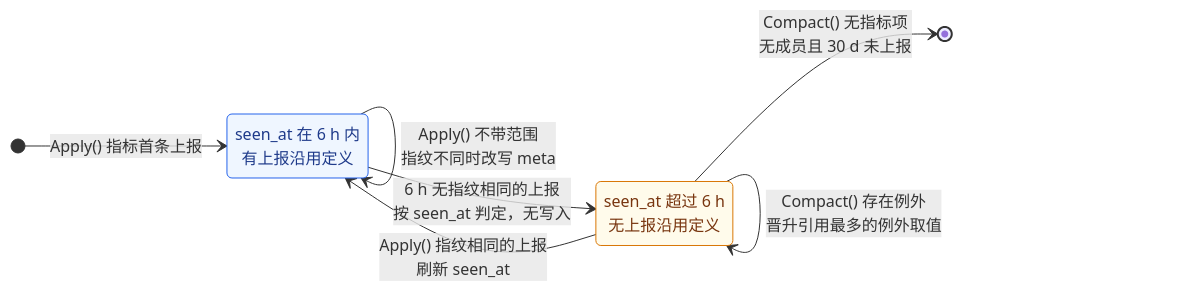
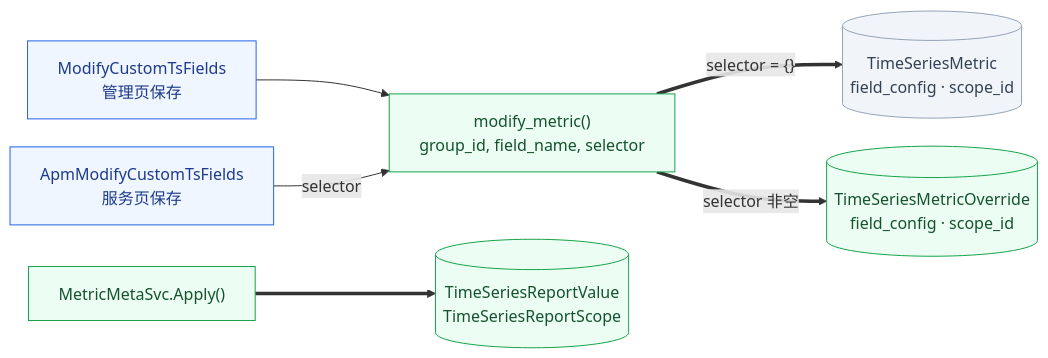
Diagram 15 of 28 in knowledge/bkmonitor/issues/2026-09-15-custom-metric-metadata/PLAN.md (ZhuoZhuoCrayon/ai-workspace), drawn with Mermaid before and after one commit. The commit also changed other lines of this file and 12 other files, not shown here.

Commit message:
docs(issue): switch custom metric metadata to value dedup plan with final retest

````diff
--- a/knowledge/bkmonitor/issues/2026-09-15-custom-metric-metadata/PLAN.md
+++ b/knowledge/bkmonitor/issues/2026-09-15-custom-metric-metadata/PLAN.md
@@ -758,17 +1100,16 @@
 ```mermaid
-stateDiagram-v2
-    direction LR
-    state "seen_at 在 6 h 内<br/>有上报沿用定义" as Fresh
-    state "seen_at 超过 6 h<br/>无上报沿用定义" as Stale
-    [*] --> Fresh : Apply() 指标首条上报
-    Fresh --> Fresh : Apply() 不带范围<br/>指纹不同时改写 meta
-    Fresh --> Stale : 6 h 无指纹相同的上报<br/>按 seen_at 判定，无写入
-    Stale --> Fresh : Apply() 指纹相同的上报<br/>刷新 seen_at
-    Stale --> Stale : Compact() 存在例外<br/>晋升引用最多的例外取值
-    Stale --> [*] : Compact() 无指标项<br/>无成员且 30 d 未上报
+%%{init: {"flowchart": {"nodeSpacing": 28, "rankSpacing": 56, "wrappingWidth": 400}}}%%
+flowchart LR
+    Page["ModifyCustomTsFields<br/>管理页保存"] --> Modify["modify_metric()<br/>group_id, field_name, selector"]
+    Apm["ApmModifyCustomTsFields<br/>服务页保存"] -->|"selector"| Modify
+    Modify ==>|"selector = {}"| TSM[("TimeSeriesMetric<br/>field_config · scope_id")]
+    Modify ==>|"selector 非空"| Override[("TimeSeriesMetricOverride<br/>field_config · scope_id")]
+    Apply["MetricMetaSvc.Apply()"] ==> New[("TimeSeriesReportValue<br/>TimeSeriesReportScope")]
 
-    classDef normal fill:#eff6ff,stroke:#2563eb,color:#1e3a8a
-    classDef waiting fill:#fffbeb,stroke:#d97706,color:#78350f
-    class Fresh normal
-    class Stale waiting
+    classDef old fill:#f1f5f9,stroke:#94a3b8,color:#334155
+    classDef add fill:#ecfdf3,stroke:#16a34a,color:#14532d
+    classDef change fill:#eff6ff,stroke:#2563eb,color:#1e3a8a
+    class TSM old
+    class Page,Apm change
+    class Modify,Override,Apply,New add
 ```
````
